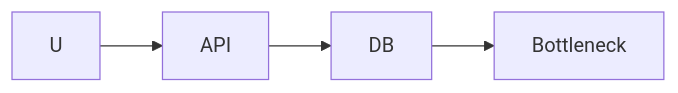
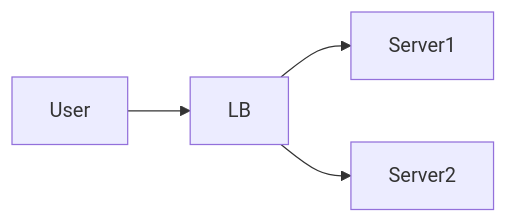
Before and after one commit to dbajajmnk/systemdesign: the fourth of 11 diagrams in systemdesign/7. Performance and Latency Considerations/Concept.md, drawn with Mermaid. The commit also changed other lines of this file and 4 other files, not shown here.

````diff
--- a/systemdesign/7. Performance and Latency Considerations/Concept.md
+++ b/systemdesign/7. Performance and Latency Considerations/Concept.md
@@ -243,5 +117,8 @@
 ```mermaid
 flowchart LR
-    U --> API --> DB
-    DB --> Bottleneck
+
+User --> LB
+
+LB --> Server1
+LB --> Server2
 ```
````
